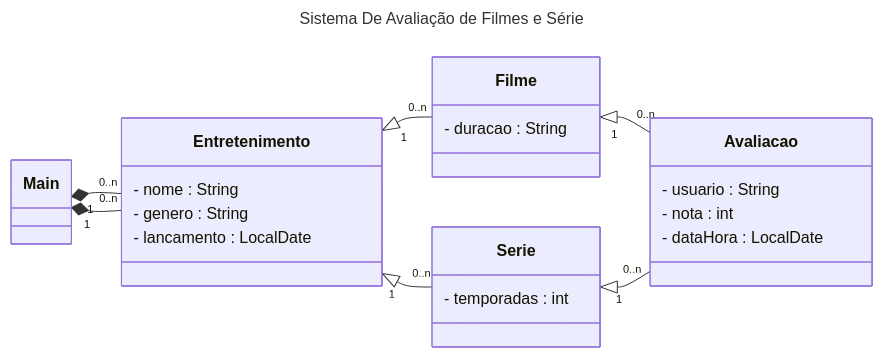
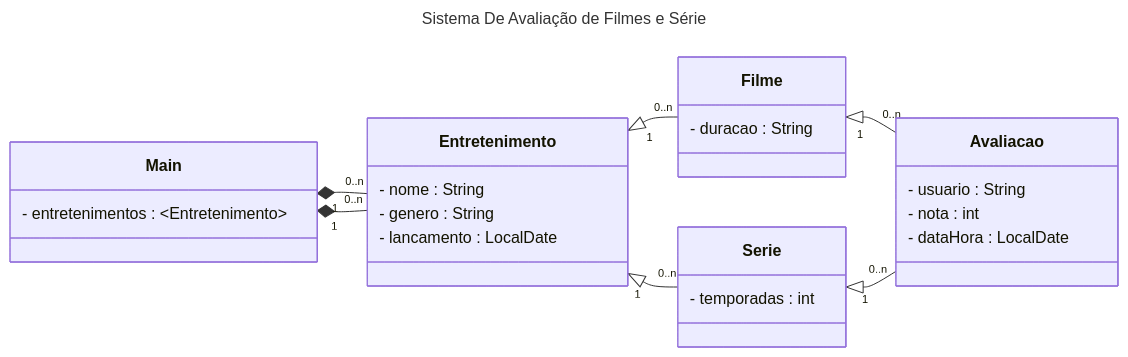
One commit to nicolas4pitz/POO-IFSC changed the diagram in aula-24/mermaid.md. Above: the diagram before and after it, drawn with Mermaid. The commit also changed 6 other files, not shown here.

````diff
--- a/aula-24/mermaid.md
+++ b/aula-24/mermaid.md
@@ -3,41 +3,41 @@
 ```mermaid
 ---
 title: Sistema De Avaliação de Filmes e Série
 ---
 classDiagram
 
     direction LR
 
     Entretenimento "1" <|-- "0..n" Serie
     Entretenimento "1" <|-- "0..n" Filme
     Main "1" *-- "0..n" Entretenimento
     Main "1" *-- "0..n" Entretenimento
 
     Filme "1" <|-- "0..n" Avaliacao
     Serie "1" <|-- "0..n" Avaliacao
     
 
     class Main{
-
+        - entretenimentos : ~Entretenimento~
     }
 
     class Entretenimento{
         - nome : String
         - genero : String
         - lancamento : LocalDate
     }
 
     class Filme{
         - duracao : String
     }
 
     class Serie{
         - temporadas : int
     }
 
     class Avaliacao{
         - usuario : String
         - nota : int
         - dataHora : LocalDate
     }
 ```
````
